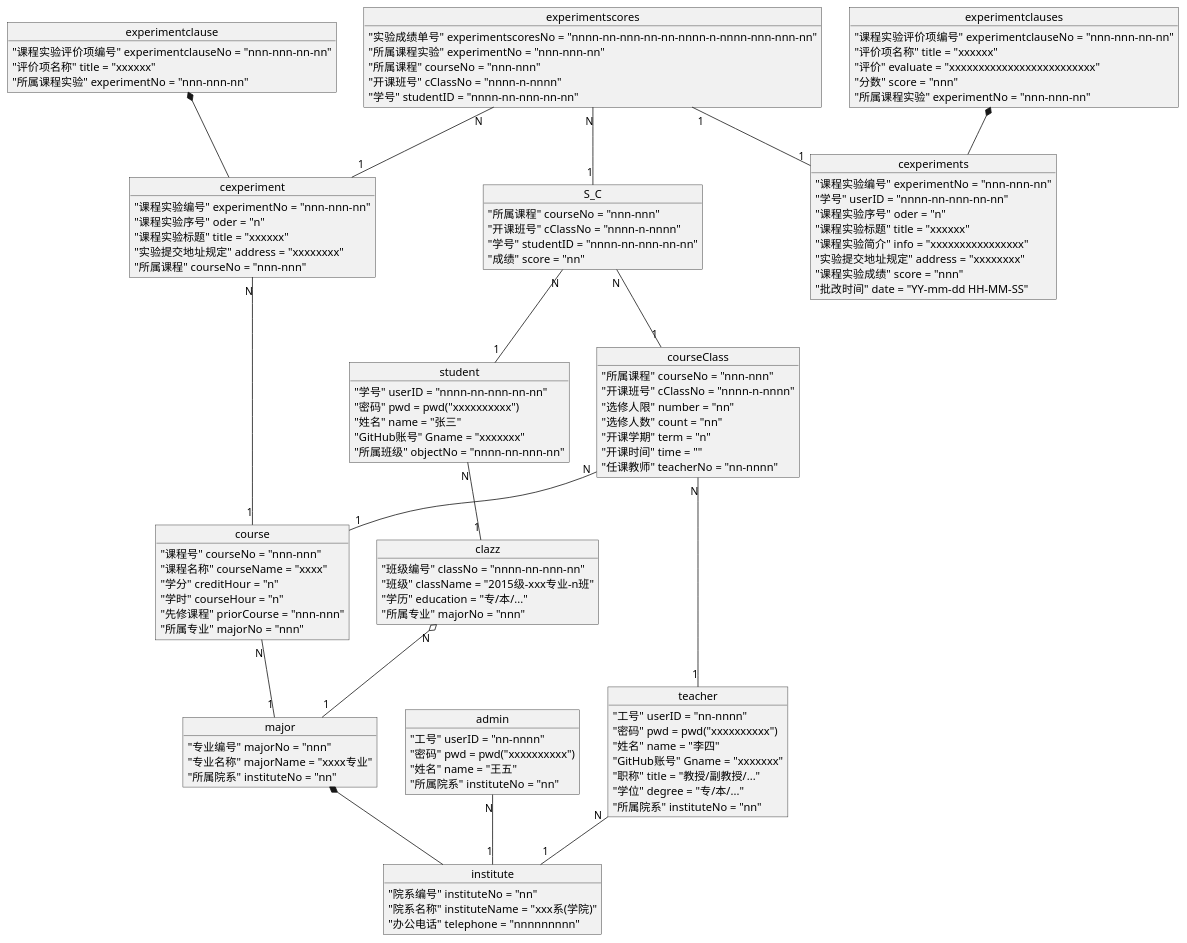
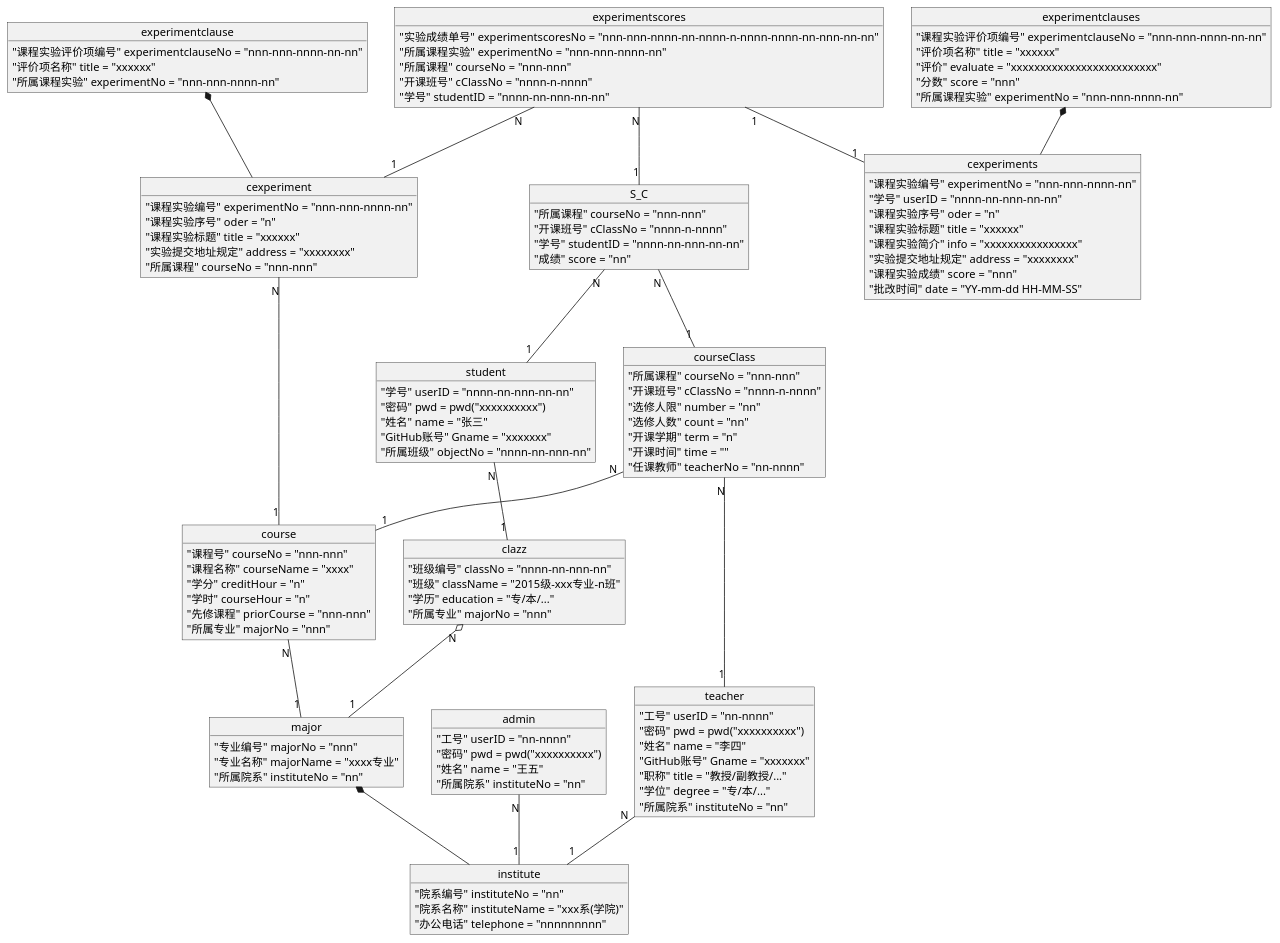
The diagram in test6/objectMView.pu (201610414130/is_analysis-4), drawn with PlantUML before and after one commit. The commit also changed 5 other files, not shown here.

```diff
--- a/test6/objectMView.pu
+++ b/test6/objectMView.pu
@@ -1,125 +1,125 @@
 @startuml 对象图-总
 object student{
     "学号" userID = "nnnn-nn-nnn-nn-nn"
     "密码" pwd = pwd("xxxxxxxxxx")
     "姓名" name = "张三"
     "GitHub账号" Gname = "xxxxxxx"
     "所属班级" objectNo = "nnnn-nn-nnn-nn"
 }
 
 object teacher{
     "工号" userID = "nn-nnnn"
     "密码" pwd = pwd("xxxxxxxxxx")
     "姓名" name = "李四"
     "GitHub账号" Gname = "xxxxxxx"
     "职称" title = "教授/副教授/..."
     "学位" degree = "专/本/..."
     "所属院系" instituteNo = "nn"
 }
 
 object admin{
     "工号" userID = "nn-nnnn"
     "密码" pwd = pwd("xxxxxxxxxx")
     "姓名" name = "王五"
     "所属院系" instituteNo = "nn"
 }
 
 object clazz{
     "班级编号" classNo = "nnnn-nn-nnn-nn"
     "班级" className = "2015级-xxx专业-n班"
     "学历" education = "专/本/..."
     "所属专业" majorNo = "nnn"
 }
 
 object major{
     "专业编号" majorNo = "nnn"
     "专业名称" majorName = "xxxx专业"
     "所属院系" instituteNo = "nn"
 }
 
 object institute{
     "院系编号" instituteNo = "nn"
     "院系名称" instituteName = "xxx系(学院)"
     "办公电话" telephone = "nnnnnnnnn"
 }
 
 object cexperiment{
-    "课程实验编号" experimentNo = "nnn-nnn-nn"
+    "课程实验编号" experimentNo = "nnn-nnn-nnnn-nn"
     "课程实验序号" oder = "n"
     "课程实验标题" title = "xxxxxx"
     "实验提交地址规定" address = "xxxxxxxx"
     "所属课程" courseNo = "nnn-nnn"
 }
 object experimentclause{
-    "课程实验评价项编号" experimentclauseNo = "nnn-nnn-nn-nn"
+    "课程实验评价项编号" experimentclauseNo = "nnn-nnn-nnnn-nn-nn"
     "评价项名称" title = "xxxxxx"
-    "所属课程实验" experimentNo = "nnn-nnn-nn"
+    "所属课程实验" experimentNo = "nnn-nnn-nnnn-nn"
 }
 
 object cexperiments{
-    "课程实验编号" experimentNo = "nnn-nnn-nn"
+    "课程实验编号" experimentNo = "nnn-nnn-nnnn-nn"
     "学号" userID = "nnnn-nn-nnn-nn-nn"
     "课程实验序号" oder = "n"
     "课程实验标题" title = "xxxxxx"
     "课程实验简介" info = "xxxxxxxxxxxxxxxx"
     "实验提交地址规定" address = "xxxxxxxx"
     "课程实验成绩" score = "nnn"
     "批改时间" date = "YY-mm-dd HH-MM-SS"
 }
 object experimentclauses{
-    "课程实验评价项编号" experimentclauseNo = "nnn-nnn-nn-nn"
+    "课程实验评价项编号" experimentclauseNo = "nnn-nnn-nnnn-nn-nn"
     "评价项名称" title = "xxxxxx"
     "评价" evaluate = "xxxxxxxxxxxxxxxxxxxxxxxxx"
     "分数" score = "nnn"
-    "所属课程实验" experimentNo = "nnn-nnn-nn"
+    "所属课程实验" experimentNo = "nnn-nnn-nnnn-nn"
 }
 
 object course{
     "课程号" courseNo = "nnn-nnn"
     "课程名称" courseName = "xxxx"
     "学分" creditHour = "n"
     "学时" courseHour = "n"
     "先修课程" priorCourse = "nnn-nnn"
     "所属专业" majorNo = "nnn"
 }
 
 object courseClass{
     "所属课程" courseNo = "nnn-nnn"
     "开课班号" cClassNo = "nnnn-n-nnnn"
     "选修人限" number = "nn"
     "选修人数" count = "nn"
     "开课学期" term = "n"
     "开课时间" time = ""
     "任课教师" teacherNo = "nn-nnnn"
 }
 
 object S_C{
     "所属课程" courseNo = "nnn-nnn"
     "开课班号" cClassNo = "nnnn-n-nnnn"
     "学号" studentID = "nnnn-nn-nnn-nn-nn"
     "成绩" score = "nn"
 }
 object experimentscores{
-    "实验成绩单号" experimentscoresNo = "nnnn-nn-nnn-nn-nn-nnnn-n-nnnn-nnn-nnn-nn"
-    "所属课程实验" experimentNo = "nnn-nnn-nn"
+    "实验成绩单号" experimentscoresNo = "nnn-nnn-nnnn-nn-nnnn-n-nnnn-nnnn-nn-nnn-nn-nn"
+    "所属课程实验" experimentNo = "nnn-nnn-nnnn-nn"
     "所属课程" courseNo = "nnn-nnn"
     "开课班号" cClassNo = "nnnn-n-nnnn"
     "学号" studentID = "nnnn-nn-nnn-nn-nn"
 }
 student "N" -- "1" clazz
 clazz "N" o-- "1" major
 major *-- institute
 teacher "N" -- "1" institute
 admin "N" -- "1" institute
 S_C "N" -- "1" student
 S_C "N" -- "1" courseClass
 courseClass "N" -- "1" course
 courseClass "N" -- "1" teacher
 course "N" -- "1" major
 experimentclause *-- cexperiment
 cexperiment "N" -- "1" course
 experimentscores "N" -- "1" S_C
 experimentscores "N" -- "1" cexperiment
 experimentclauses *-- cexperiments
 experimentscores "1"--"1" cexperiments
 @enduml
```
